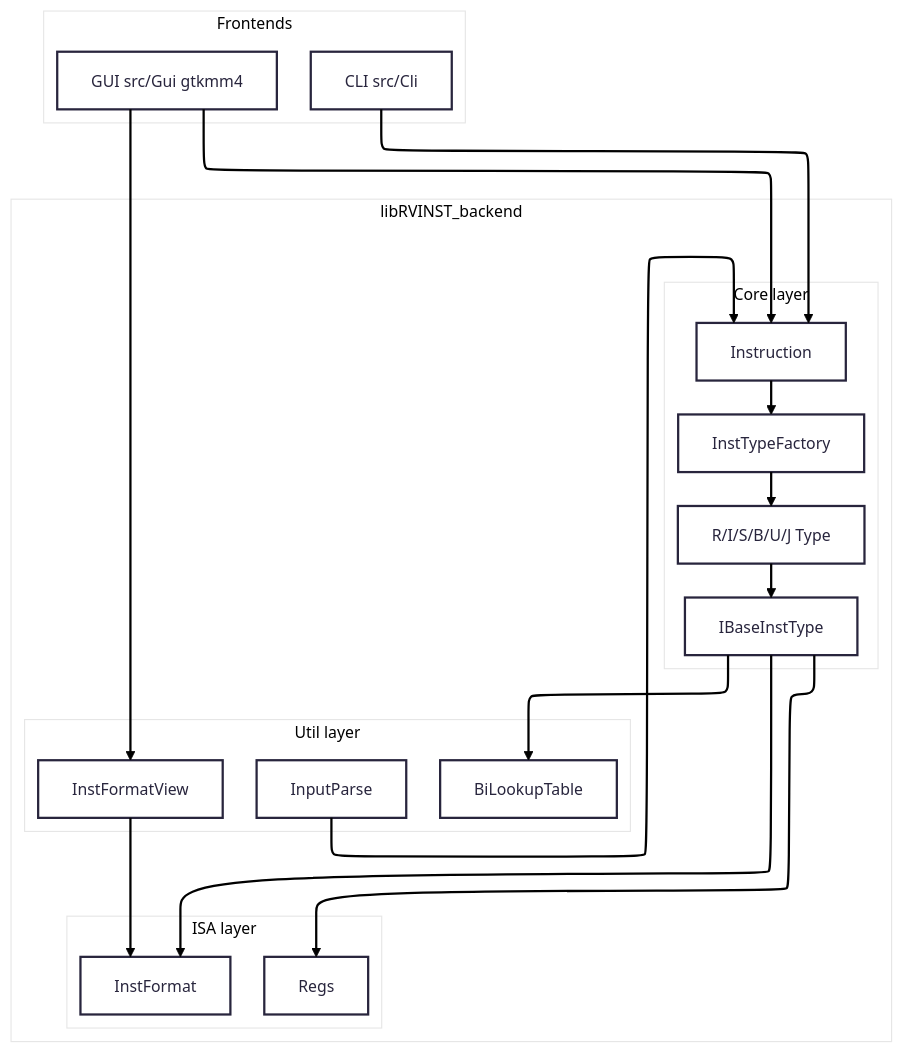
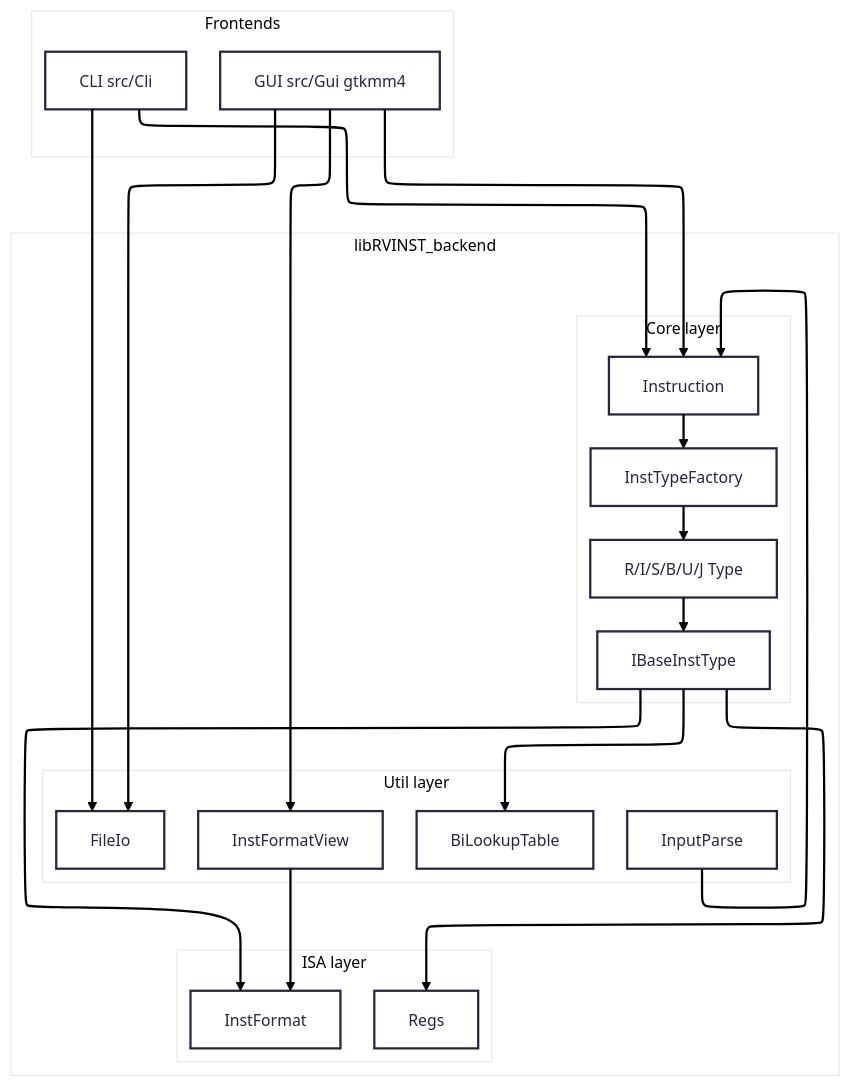
Before and after one commit to BaiLei27/RVINST: the diagram in README.md, drawn with Mermaid. The commit also changed other lines of this file and 2 other files, not shown here.

````diff
--- a/README.md
+++ b/README.md
@@ -140,40 +223,41 @@
 ```mermaid
 ---
 config:
   layout: elk
   theme: redux-color
 ---
 flowchart TB
  subgraph Frontends["Frontends"]
         CLI["CLI src/Cli"]
         GUI["GUI src/Gui gtkmm4"]
   end
  subgraph Core["Core layer"]
         Inst["Instruction"]
         Base["IBaseInstType"]
         Impl["R/I/S/B/U/J Type"]
         Factory["InstTypeFactory"]
   end
  subgraph ISA["ISA layer"]
         Fmt["InstFormat"]
         Regs["Regs"]
   end
  subgraph Util["Util layer"]
         Parse["InputParse"]
         Table["BiLookupTable"]
         View["InstFormatView"]
+        FileIo["FileIo"]
   end
  subgraph Lib["libRVINST_backend"]
         Core
         ISA
         Util
   end
     Inst --> Factory
     Factory --> Impl
     Impl --> Base
     Base --> Fmt & Table & Regs
     View --> Fmt
-    CLI --> Inst
-    GUI --> Inst & View
+    CLI --> Inst & FileIo
+    GUI --> Inst & View & FileIo
     Parse --> Inst
 ```
````
